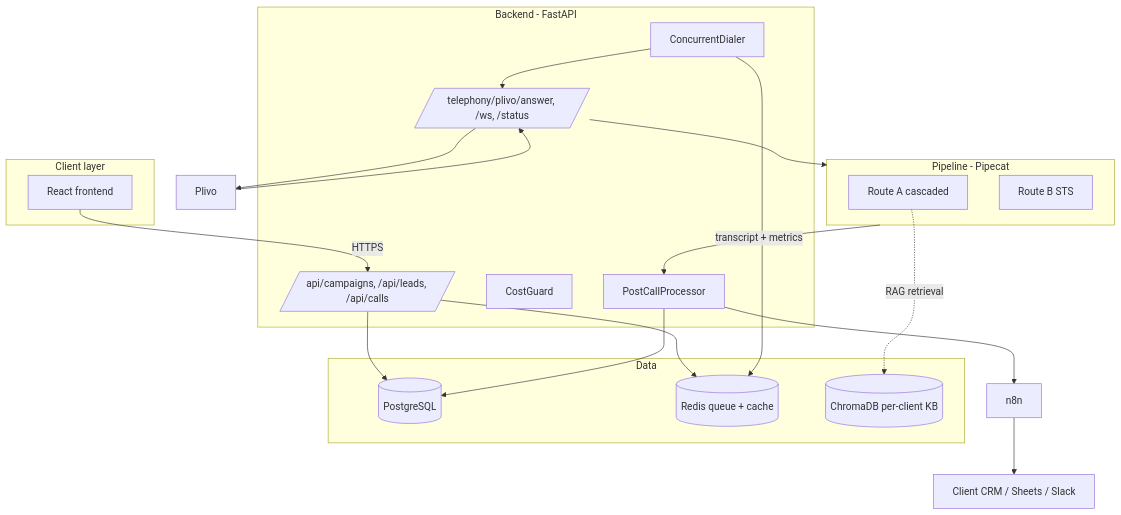
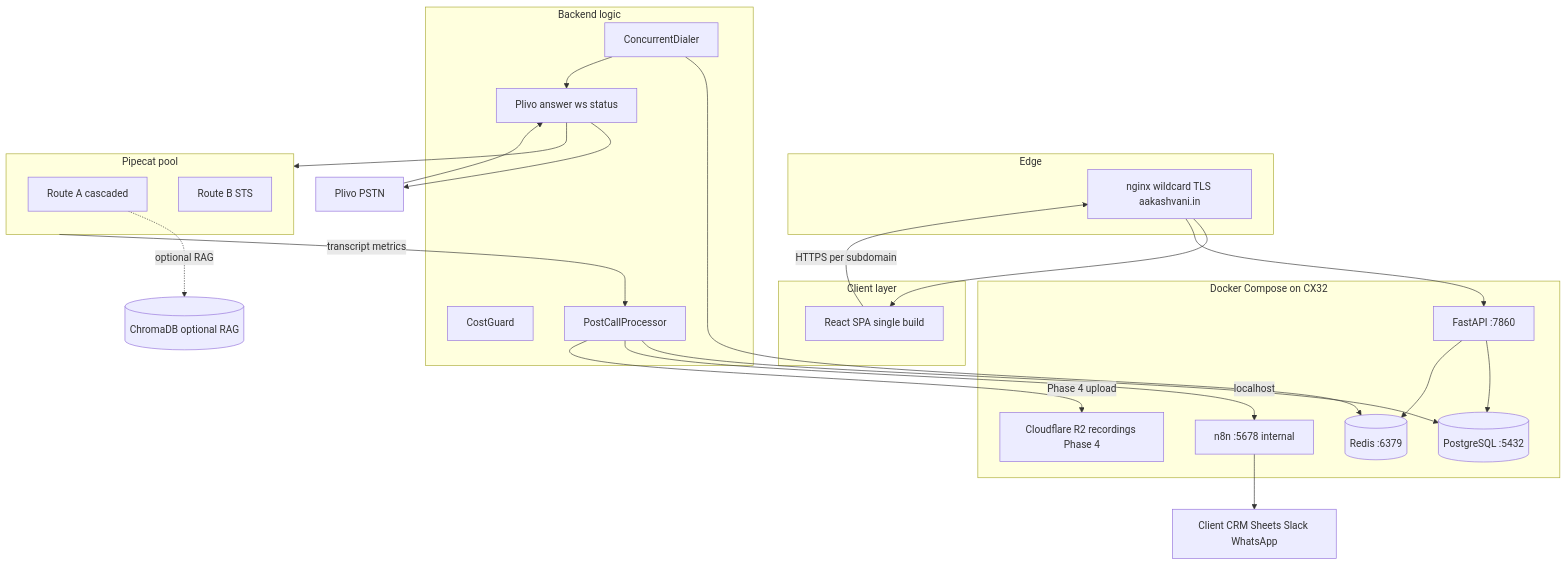
Before and after one commit to Nitant28/Callyng: the third of 3 diagrams in ROADMAP.md, drawn with Mermaid. The commit also changed other lines of this file and 12 other files, not shown here.

````diff
--- a/ROADMAP.md
+++ b/ROADMAP.md
@@ -159,39 +179,46 @@
 ```mermaid
 flowchart TD
+    subgraph edge [Edge]
+        nginx[nginx wildcard TLS aakashvani.in]
+    end
     subgraph clientLayer [Client layer]
-        FE[React frontend]
+        FE[React SPA single build]
     end
-    subgraph backendLayer [Backend - FastAPI]
-        API[/api/campaigns, /api/leads, /api/calls/]
-        Telephony[/telephony/plivo/answer, /ws, /status/]
+    subgraph dcStack [Docker Compose on CX32]
+        API[FastAPI :7860]
+        PG[(PostgreSQL :5432)]
+        Redis[(Redis :6379)]
+        n8n[n8n :5678 internal]
+        R2[Cloudflare R2 recordings Phase 4]
+    end
+    subgraph backendLayer [Backend logic]
+        Telephony[Plivo answer ws status]
         Dialer[ConcurrentDialer]
         CostGuard[CostGuard]
         PostCall[PostCallProcessor]
     end
-    subgraph dataLayer [Data]
-        PG[(PostgreSQL)]
-        Redis[(Redis queue + cache)]
-        Chroma[(ChromaDB per-client KB)]
-    end
-    subgraph pipelineLayer [Pipeline - Pipecat]
+    subgraph pipelineLayer [Pipecat pool]
         RouteA[Route A cascaded]
         RouteB[Route B STS]
     end
-    Plivo
-    n8n
-    CRM[Client CRM / Sheets / Slack]
+    Plivo[Plivo PSTN]
+    CRM[Client CRM Sheets Slack WhatsApp]
+    Chroma[(ChromaDB optional RAG)]
 
-    FE -->|HTTPS| API
+    FE -->|HTTPS per subdomain| nginx
+    nginx --> FE
+    nginx --> API
     API --> PG
     API --> Redis
     Dialer --> Redis
     Dialer --> Telephony
     Telephony --> Plivo
     Plivo --> Telephony
     Telephony --> pipelineLayer
-    pipelineLayer -->|transcript + metrics| PostCall
+    pipelineLayer -->|transcript metrics| PostCall
     PostCall --> PG
-    PostCall --> n8n
+    PostCall -->|localhost| n8n
     n8n --> CRM
-    RouteA -.RAG retrieval.-> Chroma
+    PostCall -->|Phase 4 upload| R2
+    RouteA -.optional RAG.-> Chroma
 ```
````
